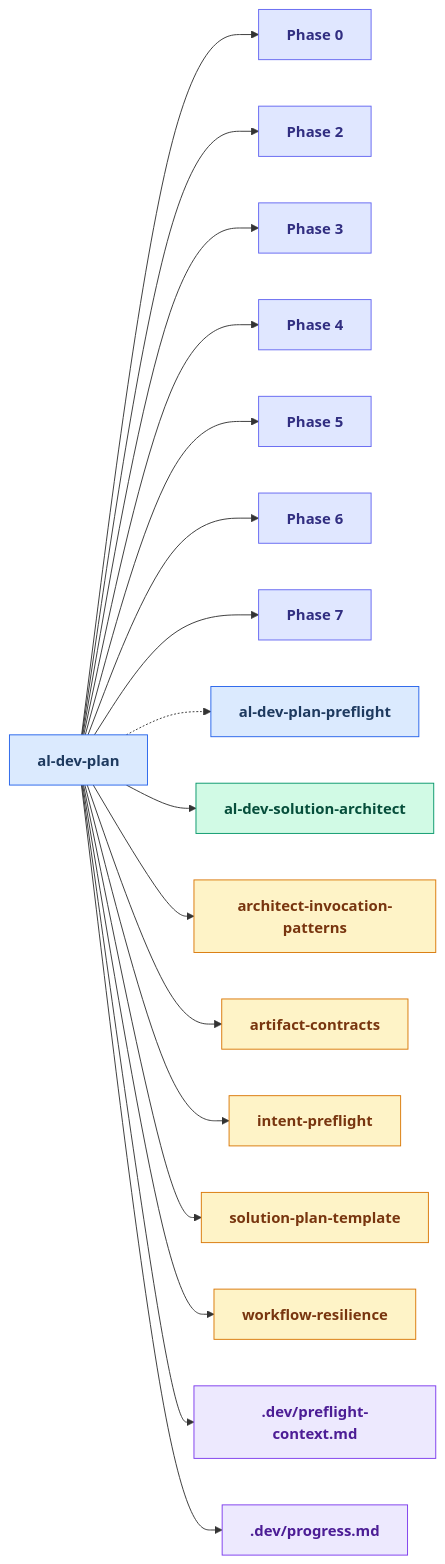
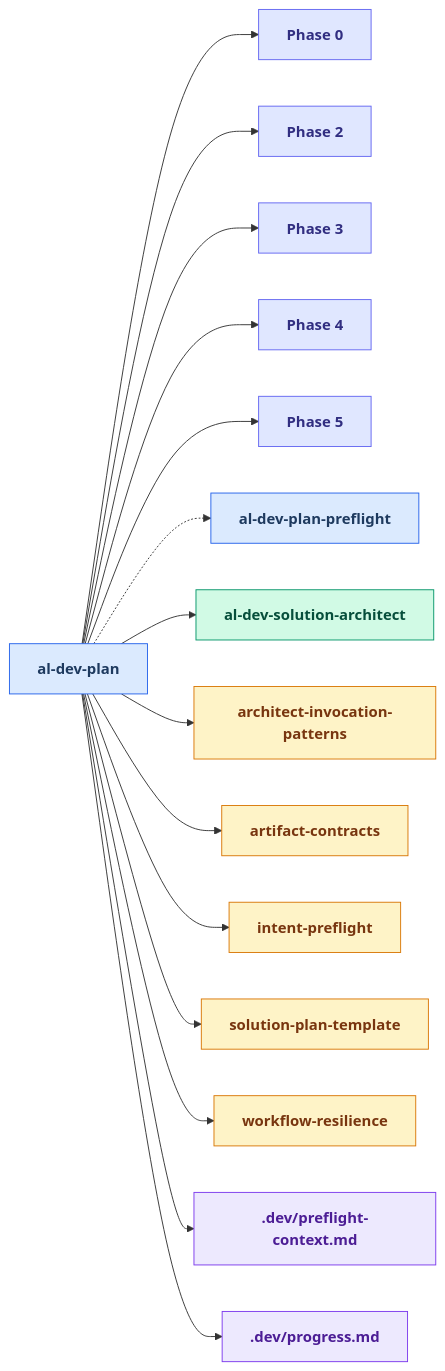
One commit to russell-laing/al-dev-shared changed the sixth of 26 diagrams in docs/al-dev-skills-map.md. Above: the diagram before and after it, drawn with Mermaid. The commit also changed other lines of this file and 2 other files, not shown here.

````diff
--- a/docs/al-dev-skills-map.md
+++ b/docs/al-dev-skills-map.md
@@ -293,61 +293,55 @@
 ```mermaid
 flowchart LR
     classDef skillNode fill:#dbeafe,stroke:#2563eb,color:#1e3a5f,font-weight:bold
     classDef agentNode fill:#d1fae5,stroke:#059669,color:#064e3b,font-weight:bold
     classDef knowledgeNode fill:#fef3c7,stroke:#d97706,color:#78350f,font-weight:bold
     classDef artifactNode fill:#ede9fe,stroke:#7c3aed,color:#4c1d95,font-weight:bold
     classDef phaseNode fill:#e0e7ff,stroke:#6366f1,color:#312e81,font-weight:bold
 
     skill_al_dev_plan[al-dev-plan]
     Phase0["Phase 0"]
     Phase2["Phase 2"]
     Phase3["Phase 3"]
     Phase4["Phase 4"]
     Phase5["Phase 5"]
-    Phase6["Phase 6"]
-    Phase7["Phase 7"]
     skill_al_dev_plan_preflight[al-dev-plan-preflight]
     agent_al_dev_solution_architect[al-dev-solution-architect]
     knowledge_architect_invocation_patterns_md[architect-invocation-patterns]
     knowledge_artifact_contracts_md[artifact-contracts]
     knowledge_intent_preflight_md[intent-preflight]
     knowledge_solution_plan_template_md[solution-plan-template]
     knowledge_workflow_resilience_md[workflow-resilience]
     artifact_preflight_context_md[.dev/preflight-context.md]
     artifact_progress_md[.dev/progress.md]
 
     skill_al_dev_plan --> Phase0
     skill_al_dev_plan --> Phase2
     skill_al_dev_plan --> Phase3
     skill_al_dev_plan --> Phase4
     skill_al_dev_plan --> Phase5
-    skill_al_dev_plan --> Phase6
-    skill_al_dev_plan --> Phase7
     skill_al_dev_plan -.-> skill_al_dev_plan_preflight
     skill_al_dev_plan --> agent_al_dev_solution_architect
     skill_al_dev_plan --> knowledge_architect_invocation_patterns_md
     skill_al_dev_plan --> knowledge_artifact_contracts_md
     skill_al_dev_plan --> knowledge_intent_preflight_md
     skill_al_dev_plan --> knowledge_solution_plan_template_md
     skill_al_dev_plan --> knowledge_workflow_resilience_md
     skill_al_dev_plan --> artifact_preflight_context_md
     skill_al_dev_plan --> artifact_progress_md
 
     class skill_al_dev_plan skillNode
     class Phase0 phaseNode
     class Phase2 phaseNode
     class Phase3 phaseNode
     class Phase4 phaseNode
     class Phase5 phaseNode
-    class Phase6 phaseNode
-    class Phase7 phaseNode
     class skill_al_dev_plan_preflight skillNode
     class agent_al_dev_solution_architect agentNode
     class knowledge_architect_invocation_patterns_md knowledgeNode
     class knowledge_artifact_contracts_md knowledgeNode
     class knowledge_intent_preflight_md knowledgeNode
     class knowledge_solution_plan_template_md knowledgeNode
     class knowledge_workflow_resilience_md knowledgeNode
     class artifact_preflight_context_md artifactNode
     class artifact_progress_md artifactNode
 ```
````
